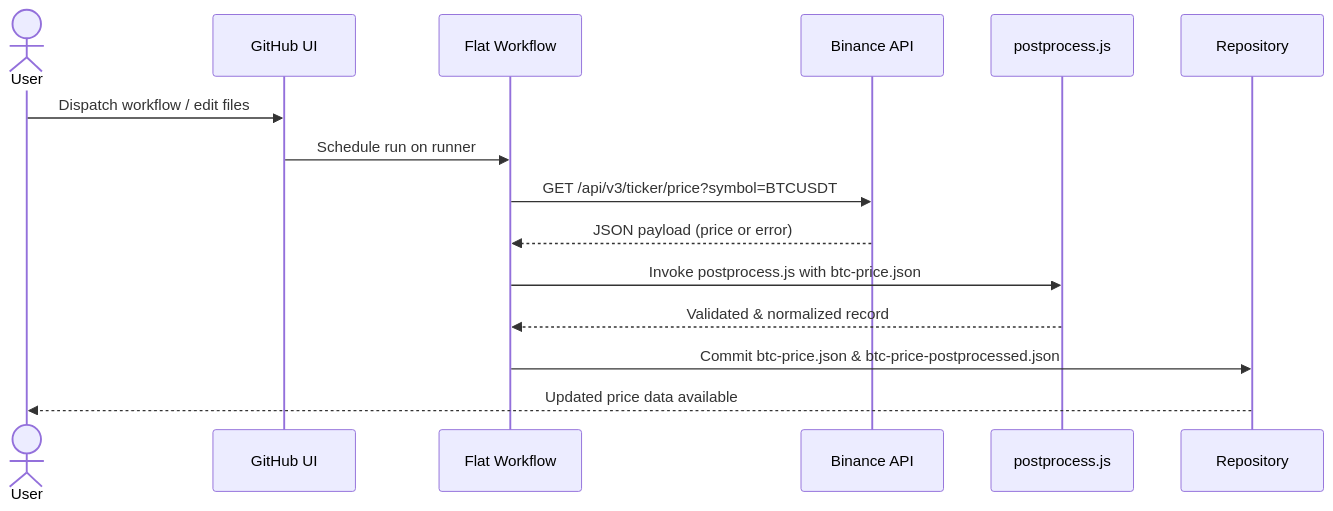
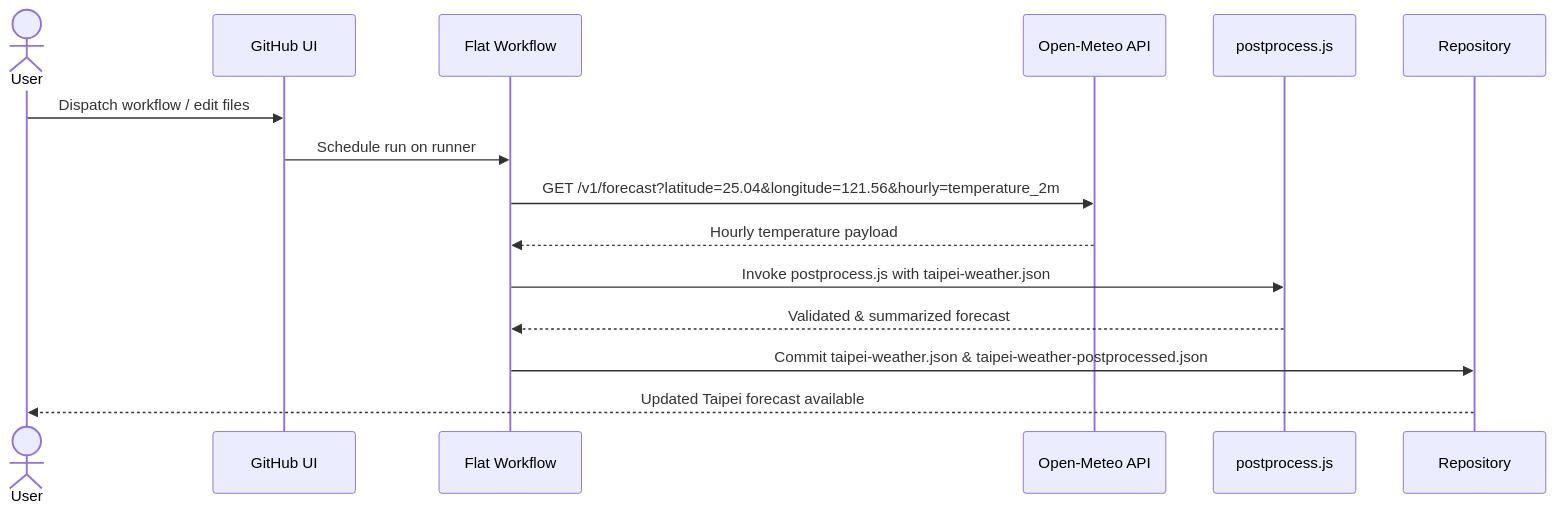
One commit to muyueh/flat-demo-bitcoin-price changed the third of 6 diagrams in README.md. Above: the diagram before and after it, drawn with Mermaid. The commit also changed other lines of this file and 6 other files, not shown here.

Commit message:
Switch workflow to Taipei weather forecast

````diff
--- a/README.md
+++ b/README.md
@@ -30,18 +30,18 @@
 ```mermaid
 sequenceDiagram
   actor User
   participant GitHubUI as GitHub UI
   participant Workflow as Flat Workflow
-  participant Binance as Binance API
+  participant OpenMeteo as Open-Meteo API
   participant Script as postprocess.js
   participant Repo as Repository
 
   User->>GitHubUI: Dispatch workflow / edit files
   GitHubUI->>Workflow: Schedule run on runner
-  Workflow->>Binance: GET /api/v3/ticker/price?symbol=BTCUSDT
-  Binance-->>Workflow: JSON payload (price or error)
-  Workflow->>Script: Invoke postprocess.js with btc-price.json
-  Script-->>Workflow: Validated & normalized record
-  Workflow->>Repo: Commit btc-price.json & btc-price-postprocessed.json
-  Repo-->>User: Updated price data available
+  Workflow->>OpenMeteo: GET /v1/forecast?latitude=25.04&longitude=121.56&hourly=temperature_2m
+  OpenMeteo-->>Workflow: Hourly temperature payload
+  Workflow->>Script: Invoke postprocess.js with taipei-weather.json
+  Script-->>Workflow: Validated & summarized forecast
+  Workflow->>Repo: Commit taipei-weather.json & taipei-weather-postprocessed.json
+  Repo-->>User: Updated Taipei forecast available
 ```
````
